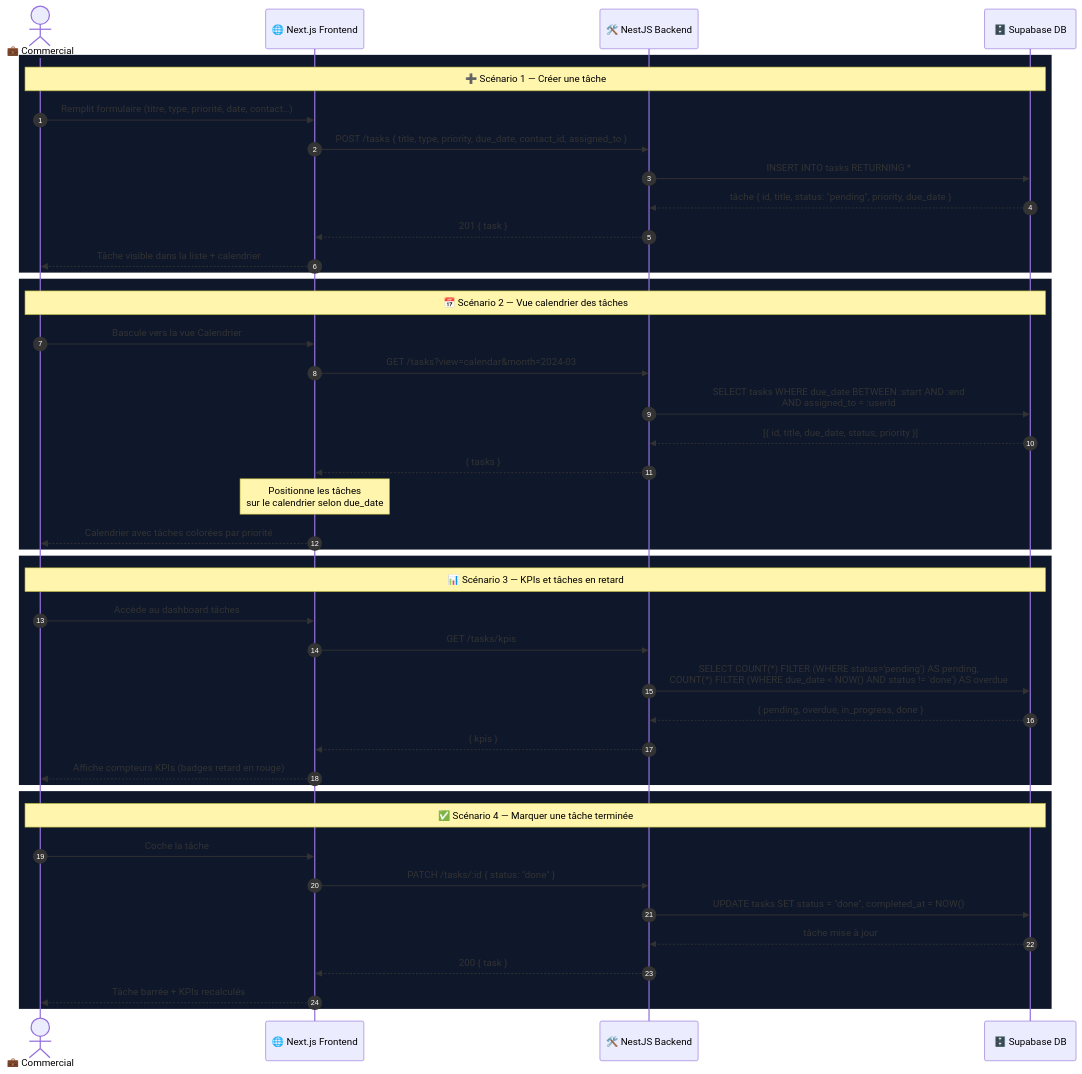
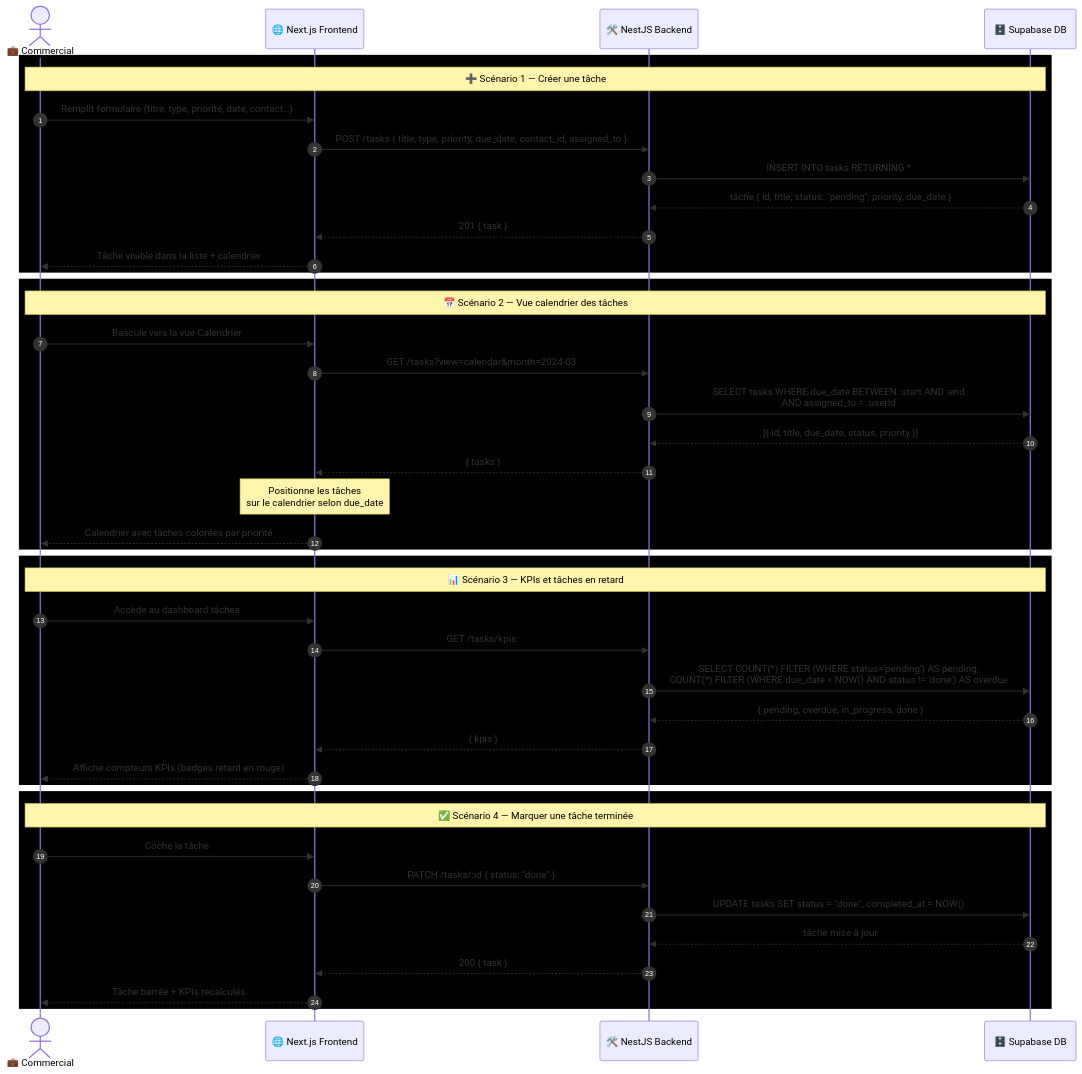
One commit to uciie/crm changed the diagram in docs/sequences/seq_tache.mermaid. Above: the diagram before and after it, drawn with Mermaid. The commit also changed 12 other files, not shown here.

```diff
--- a/docs/sequences/seq_tache.mermaid
+++ b/docs/sequences/seq_tache.mermaid
@@ -1,51 +1,51 @@
 sequenceDiagram
     autonumber
     actor C as 💼 Commercial
     participant FE as 🌐 Next.js Frontend
     participant BE as 🛠️ NestJS Backend
     participant DB as 🗄️ Supabase DB
 
     %% ─── CRÉER UNE TÂCHE ─────────────────────────────────
-    rect rgb(15, 23, 42)
+    rect rgb(0, 0, 0)
         Note over C,DB: ➕ Scénario 1 — Créer une tâche
         C->>FE: Remplit formulaire (titre, type, priorité, date, contact…)
         FE->>BE: POST /tasks { title, type, priority, due_date, contact_id, assigned_to }
         BE->>DB: INSERT INTO tasks RETURNING *
         DB-->>BE: tâche { id, title, status: "pending", priority, due_date }
         BE-->>FE: 201 { task }
         FE-->>C: Tâche visible dans la liste + calendrier
     end
 
     %% ─── VUE CALENDRIER ──────────────────────────────────
-    rect rgb(15, 23, 42)
+    rect rgb(0, 0, 0)
         Note over C,DB: 📅 Scénario 2 — Vue calendrier des tâches
         C->>FE: Bascule vers la vue Calendrier
         FE->>BE: GET /tasks?view=calendar&month=2024-03
         BE->>DB: SELECT tasks WHERE due_date BETWEEN :start AND :end<br/>AND assigned_to = :userId
         DB-->>BE: [{ id, title, due_date, status, priority }]
         BE-->>FE: { tasks }
         Note over FE: Positionne les tâches<br/>sur le calendrier selon due_date
         FE-->>C: Calendrier avec tâches colorées par priorité
     end
 
     %% ─── KPIs + TÂCHES EN RETARD ─────────────────────────
-    rect rgb(15, 23, 42)
+    rect rgb(0, 0, 0)
         Note over C,DB: 📊 Scénario 3 — KPIs et tâches en retard
         C->>FE: Accède au dashboard tâches
         FE->>BE: GET /tasks/kpis
         BE->>DB: SELECT COUNT(*) FILTER (WHERE status='pending') AS pending,<br/>COUNT(*) FILTER (WHERE due_date < NOW() AND status != 'done') AS overdue
         DB-->>BE: { pending, overdue, in_progress, done }
         BE-->>FE: { kpis }
         FE-->>C: Affiche compteurs KPIs (badges retard en rouge)
     end
 
     %% ─── MARQUER TERMINÉE ────────────────────────────────
-    rect rgb(15, 23, 42)
+    rect rgb(0, 0, 0)
         Note over C,DB: ✅ Scénario 4 — Marquer une tâche terminée
         C->>FE: Coche la tâche
         FE->>BE: PATCH /tasks/:id { status: "done" }
         BE->>DB: UPDATE tasks SET status = "done", completed_at = NOW()
         DB-->>BE: tâche mise à jour
         BE-->>FE: 200 { task }
         FE-->>C: Tâche barrée + KPIs recalculés
     end
```
